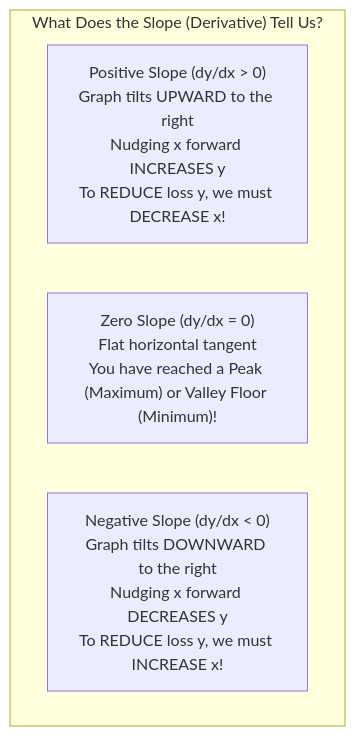
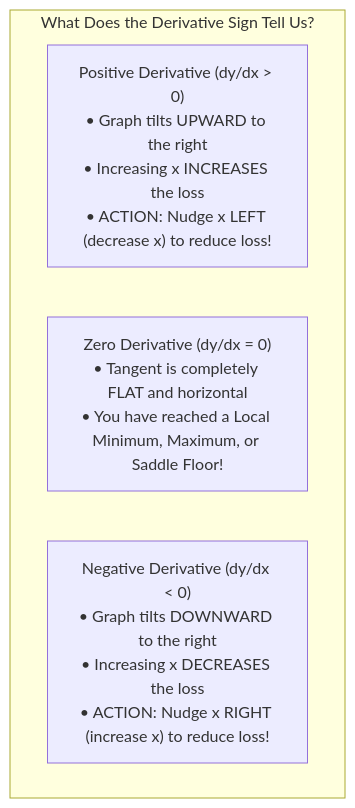
Before and after one commit to jashu-16/cv_engineering: the second of 10 diagrams in docs/00-math-foundations/level-02-calculus-optimization.md, drawn with Mermaid. The commit also changed other lines of this file and 5 other files, not shown here.

````diff
--- a/docs/00-math-foundations/level-02-calculus-optimization.md
+++ b/docs/00-math-foundations/level-02-calculus-optimization.md
@@ -60,8 +95,8 @@
 ```mermaid
 flowchart TD
-    subgraph SlopeSignMeaning["What Does the Slope (Derivative) Tell Us?"]
-        Pos["Positive Slope (dy/dx > 0)\nGraph tilts UPWARD to the right\nNudging x forward INCREASES y\nTo REDUCE loss y, we must DECREASE x!"]
-        Zero["Zero Slope (dy/dx = 0)\nFlat horizontal tangent\nYou have reached a Peak (Maximum) or Valley Floor (Minimum)!"]
-        Neg["Negative Slope (dy/dx < 0)\nGraph tilts DOWNWARD to the right\nNudging x forward DECREASES y\nTo REDUCE loss y, we must INCREASE x!"]
+    subgraph SlopeSignMeaning["What Does the Derivative Sign Tell Us?"]
+        Pos["Positive Derivative (dy/dx > 0)\n• Graph tilts UPWARD to the right\n• Increasing x INCREASES the loss\n• ACTION: Nudge x LEFT (decrease x) to reduce loss!"]
+        Zero["Zero Derivative (dy/dx = 0)\n• Tangent is completely FLAT and horizontal\n• You have reached a Local Minimum, Maximum, or Saddle Floor!"]
+        Neg["Negative Derivative (dy/dx < 0)\n• Graph tilts DOWNWARD to the right\n• Increasing x DECREASES the loss\n• ACTION: Nudge x RIGHT (increase x) to reduce loss!"]
     end
 ```
````
